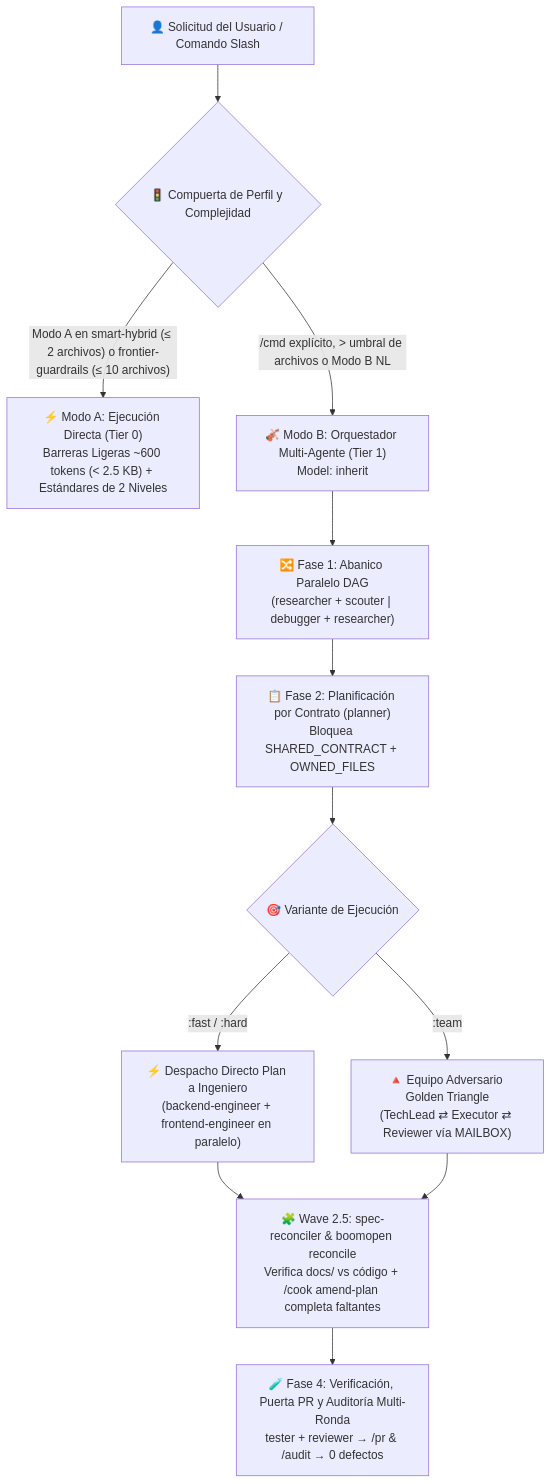
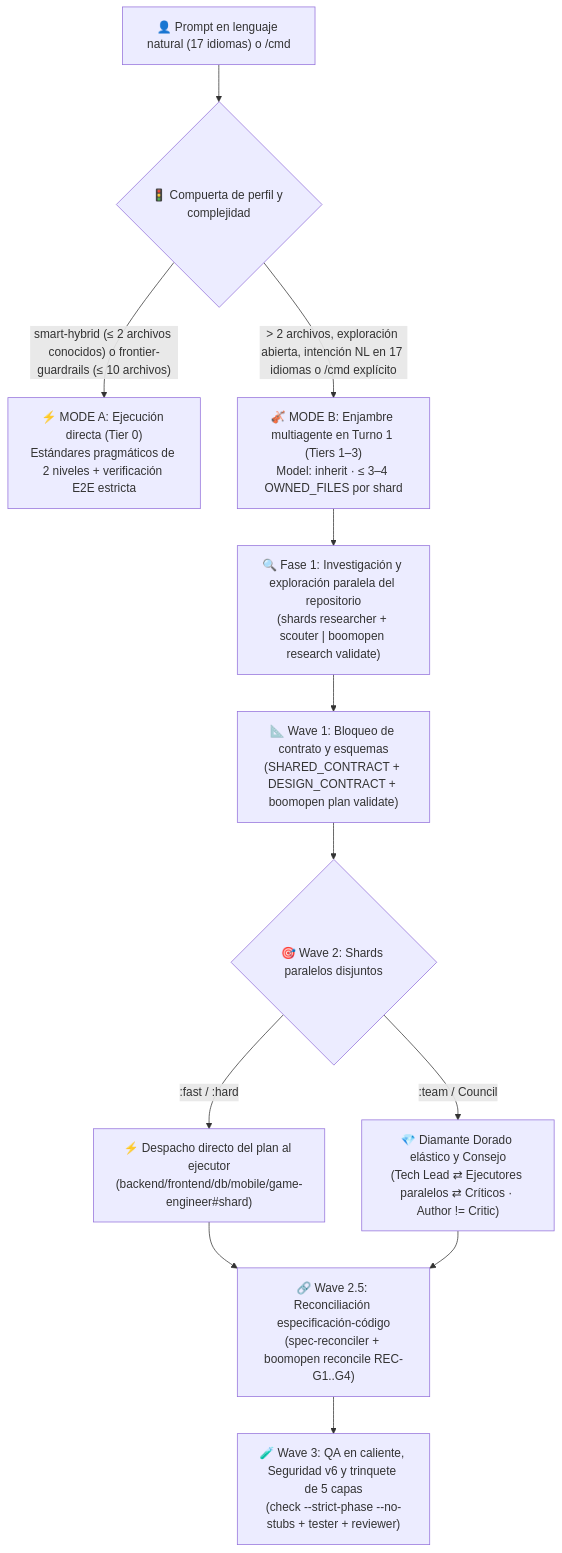
One commit to Kennyboom/BoomOpen-Workflow-Kit-Pro changed the diagram in i18n/README.es.md. Above: the diagram before and after it, drawn with Mermaid. The commit also changed other lines of this file and 21 other files, not shown here.

````diff
--- a/i18n/README.es.md
+++ b/i18n/README.es.md
@@ -57,17 +94,17 @@
 ```mermaid
 flowchart TD
-    User["👤 Solicitud del Usuario / Comando Slash"] --> Gate{"🚦 Compuerta de Perfil y Complejidad"}
-    Gate -->|"Modo A en smart-hybrid (≤ 2 archivos) o frontier-guardrails (≤ 10 archivos)"| ModeA["⚡ Modo A: Ejecución Directa (Tier 0)<br/>Barreras Ligeras ~600 tokens (< 2.5 KB) + Estándares de 2 Niveles"]
-    Gate -->|"/cmd explícito, > umbral de archivos o Modo B NL"| ModeB["🎻 Modo B: Orquestador Multi-Agente (Tier 1)<br/>Model: inherit"]
+    User["👤 Prompt en lenguaje natural (17 idiomas) o /cmd"] --> Gate{"🚦 Compuerta de perfil y complejidad"}
+    Gate -->|"smart-hybrid (≤ 2 archivos conocidos) o frontier-guardrails (≤ 10 archivos)"| ModeA["⚡ MODE A: Ejecución directa (Tier 0)<br/>Estándares pragmáticos de 2 niveles + verificación E2E estricta"]
+    Gate -->|"> 2 archivos, exploración abierta, intención NL en 17 idiomas o /cmd explícito"| ModeB["🎻 MODE B: Enjambre multiagente en Turno 1 (Tiers 1–3)<br/>Model: inherit · ≤ 3–4 OWNED_FILES por shard"]
 
-    ModeB --> FanOut["🔀 Fase 1: Abanico Paralelo DAG<br/>(researcher + scouter | debugger + researcher)"]
-    FanOut --> Plan["📋 Fase 2: Planificación por Contrato (planner)<br/>Bloquea SHARED_CONTRACT + OWNED_FILES"]
-    Plan --> Dispatch{"🎯 Variante de Ejecución"}
+    ModeB --> Wave0["🔍 Fase 1: Investigación y exploración paralela del repositorio<br/>(shards researcher + scouter | boomopen research validate)"]
+    Wave0 --> Wave1["📐 Wave 1: Bloqueo de contrato y esquemas<br/>(SHARED_CONTRACT + DESIGN_CONTRACT + boomopen plan validate)"]
+    Wave1 --> Wave2{"🎯 Wave 2: Shards paralelos disjuntos"}
 
-    Dispatch -->|":fast / :hard"| Direct["⚡ Despacho Directo Plan a Ingeniero<br/>(backend-engineer + frontend-engineer en paralelo)"]
-    Dispatch -->|":team"| Triangle["🔺 Equipo Adversario Golden Triangle<br/>(TechLead ⇄ Executor ⇄ Reviewer vía MAILBOX)"]
+    Wave2 -->|":fast / :hard"| Direct["⚡ Despacho directo del plan al ejecutor<br/>(backend/frontend/db/mobile/game-engineer#shard)"]
+    Wave2 -->|":team / Council"| Diamond["💎 Diamante Dorado elástico y Consejo<br/>(Tech Lead ⇄ Ejecutores paralelos ⇄ Críticos · Author != Critic)"]
 
-    Direct --> Reconcile["🧩 Wave 2.5: spec-reconciler & boomopen reconcile<br/>Verifica docs/ vs código + /cook amend-plan completa faltantes"]
-    Triangle --> Reconcile
-    Reconcile --> Verify["🧪 Fase 4: Verificación, Puerta PR y Auditoría Multi-Ronda<br/>tester + reviewer → /pr & /audit → 0 defectos"]
+    Direct --> Wave25["🔗 Wave 2.5: Reconciliación especificación-código<br/>(spec-reconciler + boomopen reconcile REC-G1..G4)"]
+    Diamond --> Wave25
+    Wave25 --> Wave3["🧪 Wave 3: QA en caliente, Seguridad v6 y trinquete de 5 capas<br/>(check --strict-phase --no-stubs + tester + reviewer)"]
 ```
````
